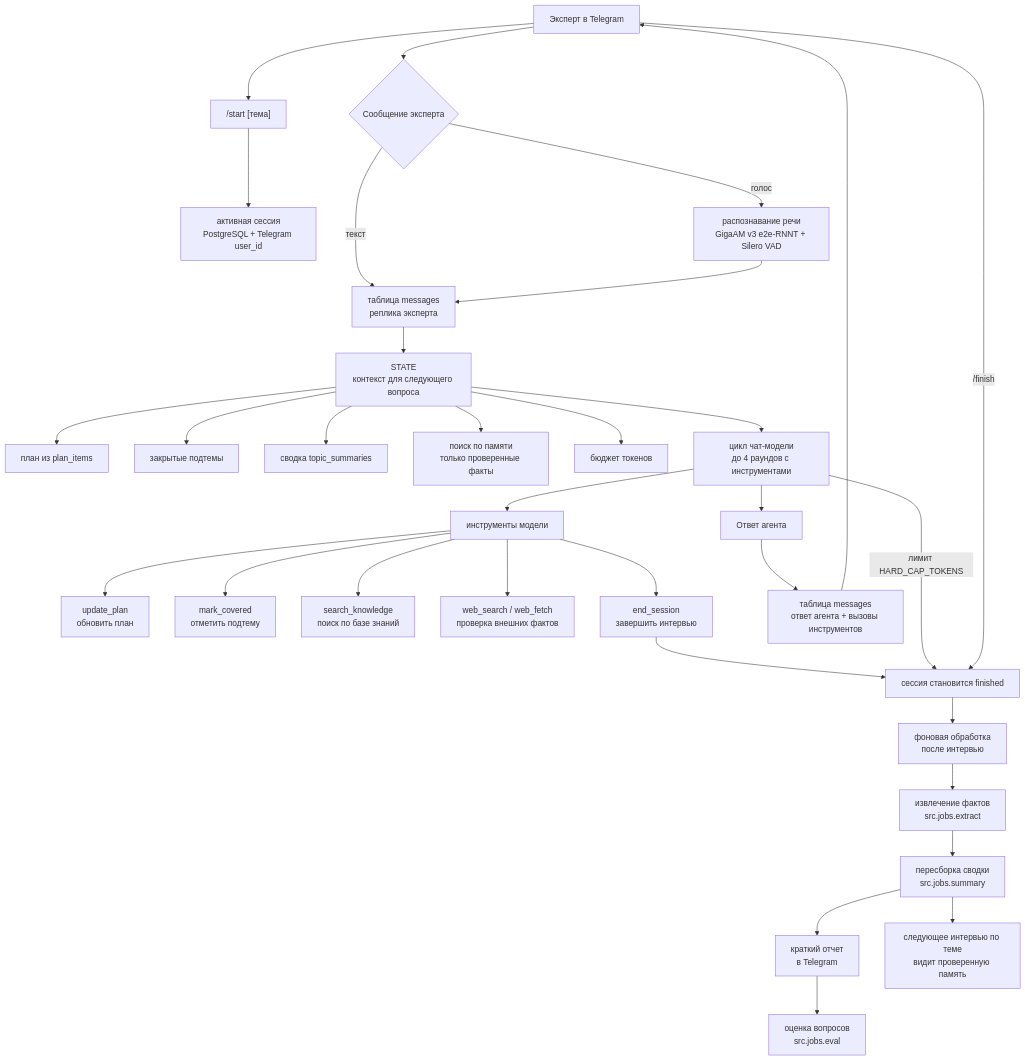
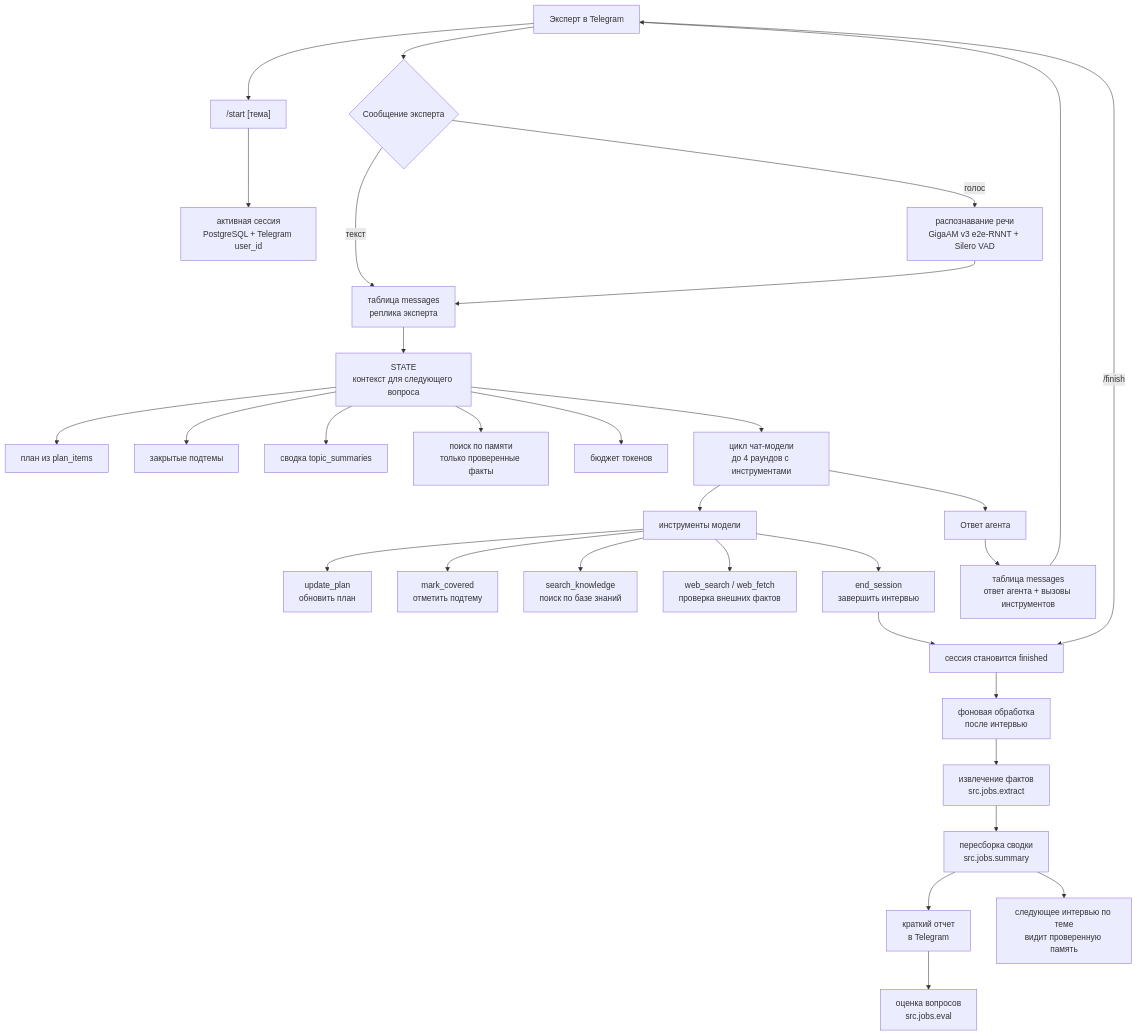
The first of 2 diagrams in README.md (ovosh2281337/SverhAgent), drawn with Mermaid before and after one commit. The commit also changed other lines of this file and 42 other files, not shown here.

````diff
--- a/README.md
+++ b/README.md
@@ -19,38 +21,37 @@
 ```mermaid
 flowchart TD
     A["Эксперт в Telegram"] --> B["/start [тема]"]
     B --> C["активная сессия<br/>PostgreSQL + Telegram user_id"]
     A --> D{"Сообщение эксперта"}
     D -->|текст| E["таблица messages<br/>реплика эксперта"]
     D -->|голос| V["распознавание речи<br/>GigaAM v3 e2e-RNNT + Silero VAD"]
     V --> E
     E --> F["STATE<br/>контекст для следующего вопроса"]
 
     F --> F1["план из plan_items"]
     F --> F2["закрытые подтемы"]
     F --> F3["сводка topic_summaries"]
     F --> F4["поиск по памяти<br/>только проверенные факты"]
     F --> F5["бюджет токенов"]
 
     F --> G["цикл чат-модели<br/>до 4 раундов с инструментами"]
     G --> H["инструменты модели"]
     H --> H1["update_plan<br/>обновить план"]
     H --> H2["mark_covered<br/>отметить подтему"]
     H --> H3["search_knowledge<br/>поиск по базе знаний"]
     H --> H4["web_search / web_fetch<br/>проверка внешних фактов"]
     H --> H5["end_session<br/>завершить интервью"]
 
     G --> I["Ответ агента"]
     I --> I1["таблица messages<br/>ответ агента + вызовы инструментов"]
     I1 --> A
 
     H5 --> J["сессия становится finished"]
-    G -->|лимит HARD_CAP_TOKENS| J
     A -->|/finish| J
     J --> K["фоновая обработка<br/>после интервью"]
     K --> L["извлечение фактов<br/>src.jobs.extract"]
     L --> M["пересборка сводки<br/>src.jobs.summary"]
     M --> N["краткий отчет<br/>в Telegram"]
     N --> O["оценка вопросов<br/>src.jobs.eval"]
     M --> P["следующее интервью по теме<br/>видит проверенную память"]
 ```
````
